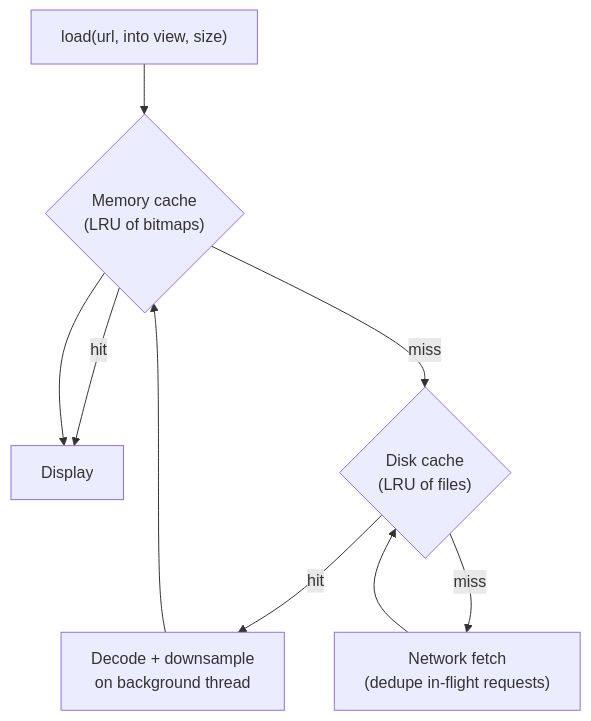
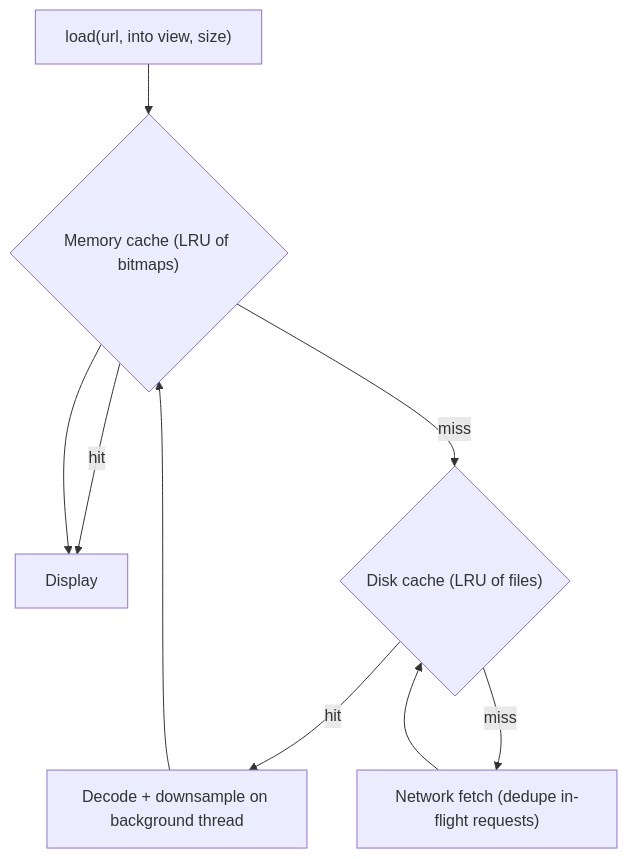
Before and after one commit to AkshayAshokCode/System-Design-Interview-Questions-and-Answers: the seventh of 10 diagrams in topics/19-mobile-system-design.md, drawn with Mermaid. The commit also changed other lines of this file and 14 other files, not shown here.

````diff
--- a/topics/19-mobile-system-design.md
+++ b/topics/19-mobile-system-design.md
@@ -205,11 +684,11 @@
 ```mermaid
 flowchart TD
-    REQ["load(url, into view, size)"] --> MEM{"Memory cache<br/>(LRU of bitmaps)"}
+    REQ["load(url, into view, size)"] --> MEM{"Memory cache (LRU of bitmaps)"}
     MEM -->|"hit"| SHOW["Display"]
-    MEM -->|"miss"| DISK{"Disk cache<br/>(LRU of files)"}
-    DISK -->|"hit"| DEC["Decode + downsample<br/>on background thread"]
-    DISK -->|"miss"| NET["Network fetch<br/>(dedupe in-flight requests)"]
+    MEM -->|"miss"| DISK{"Disk cache (LRU of files)"}
+    DISK -->|"hit"| DEC["Decode + downsample on background thread"]
+    DISK -->|"miss"| NET["Network fetch (dedupe in-flight requests)"]
     NET --> DISK
     DEC --> MEM
     MEM --> SHOW
 ```
````
